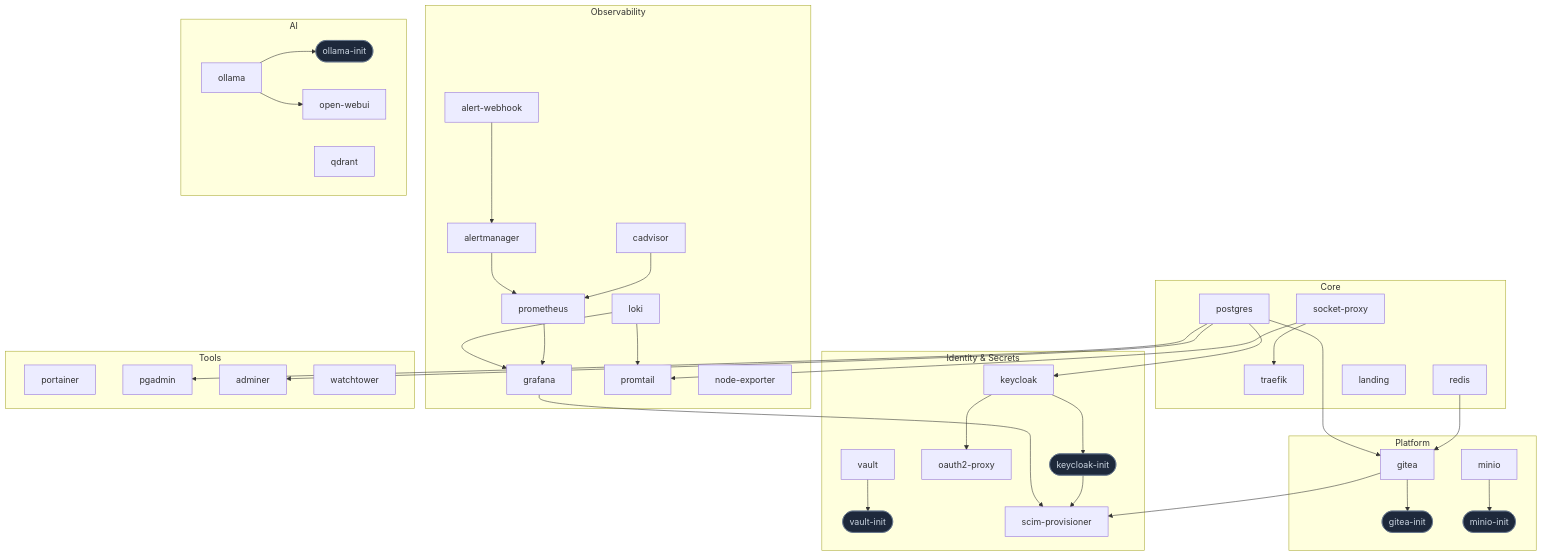
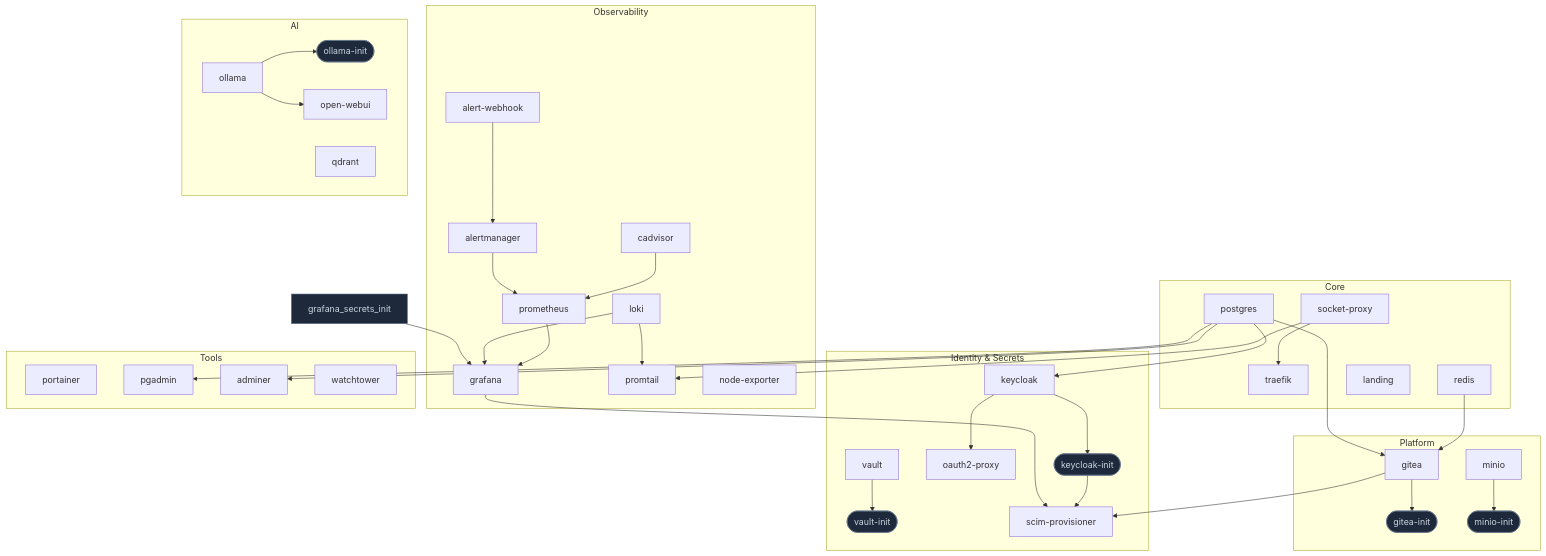
Before and after one commit to chriswayneh/lab-in-a-box: the diagram in architecture/dependency-graph.mmd, drawn with Mermaid. The commit also changed 9 other files, not shown here.

````diff
--- a/architecture/dependency-graph.mmd
+++ b/architecture/dependency-graph.mmd
@@ -1,73 +1,74 @@
 %% GENERATED FILE — do not edit by hand. Regenerate with: make docs
 %% Renders natively on GitHub inside a ```mermaid fence.
 graph TD
     subgraph Core["Core"]
         traefik["traefik"]
         socket_proxy["socket-proxy"]
         postgres["postgres"]
         redis["redis"]
         landing["landing"]
     end
     subgraph Identity_and_Secrets["Identity & Secrets"]
         keycloak["keycloak"]
         keycloak_init(["keycloak-init"])
         oauth2_proxy["oauth2-proxy"]
         vault["vault"]
         vault_init(["vault-init"])
         scim_provisioner["scim-provisioner"]
     end
     subgraph Observability["Observability"]
         prometheus["prometheus"]
         alertmanager["alertmanager"]
         alert_webhook["alert-webhook"]
         grafana["grafana"]
         loki["loki"]
         promtail["promtail"]
         cadvisor["cadvisor"]
         node_exporter["node-exporter"]
     end
     subgraph AI["AI"]
         ollama["ollama"]
         ollama_init(["ollama-init"])
         open_webui["open-webui"]
         qdrant["qdrant"]
     end
     subgraph Platform["Platform"]
         gitea["gitea"]
         gitea_init(["gitea-init"])
         minio["minio"]
         minio_init(["minio-init"])
     end
     subgraph Tools["Tools"]
         portainer["portainer"]
         pgadmin["pgadmin"]
         adminer["adminer"]
         watchtower["watchtower"]
     end
 
     postgres --> adminer
     alert_webhook --> alertmanager
     postgres --> gitea
     redis --> gitea
     gitea --> gitea_init
+    grafana_secrets_init --> grafana
     loki --> grafana
     prometheus --> grafana
     postgres --> keycloak
     keycloak --> keycloak_init
     minio --> minio_init
     keycloak --> oauth2_proxy
     ollama --> ollama_init
     ollama --> open_webui
     postgres --> pgadmin
     alertmanager --> prometheus
     cadvisor --> prometheus
     loki --> promtail
     socket_proxy --> promtail
     gitea --> scim_provisioner
     grafana --> scim_provisioner
     keycloak_init --> scim_provisioner
     socket_proxy --> traefik
     vault --> vault_init
 
     classDef initJob fill:#1e293b,stroke:#64748b,stroke-width:1px,color:#cbd5e1;
-    class gitea_init,keycloak_init,minio_init,ollama_init,vault_init initJob;
+    class gitea_init,grafana_secrets_init,keycloak_init,minio_init,ollama_init,vault_init initJob;
````
